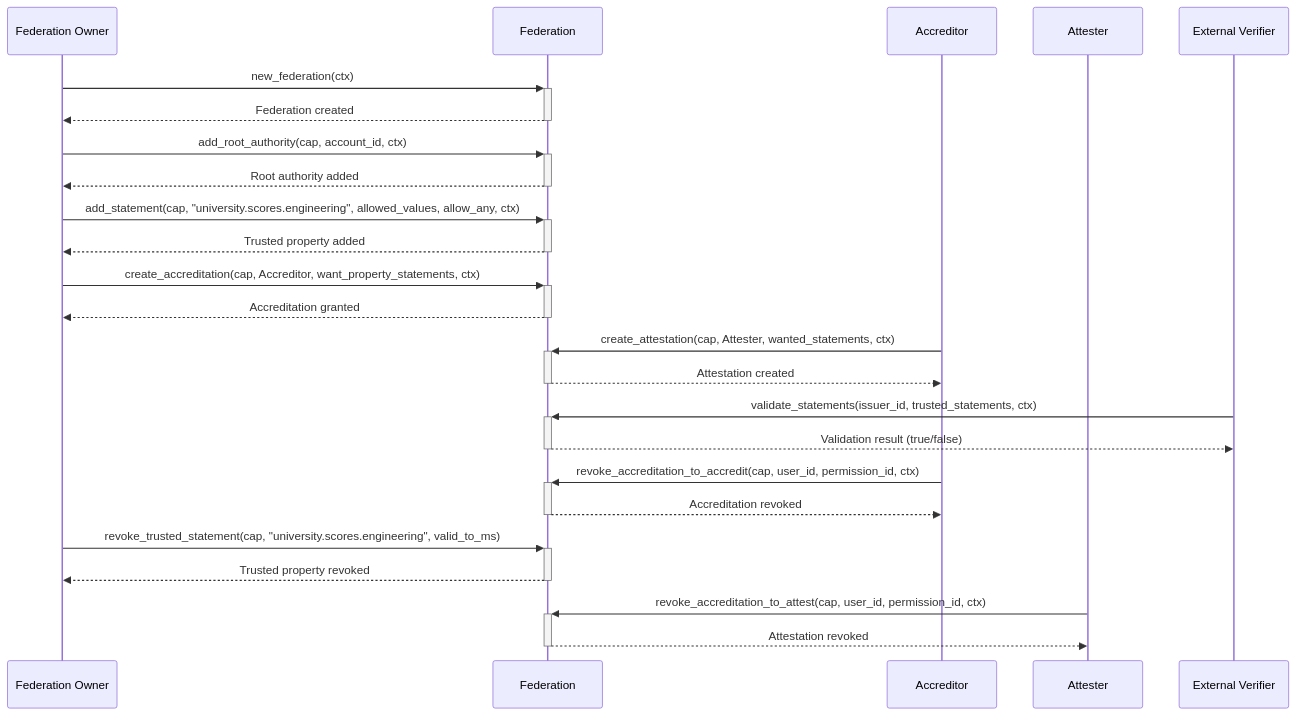
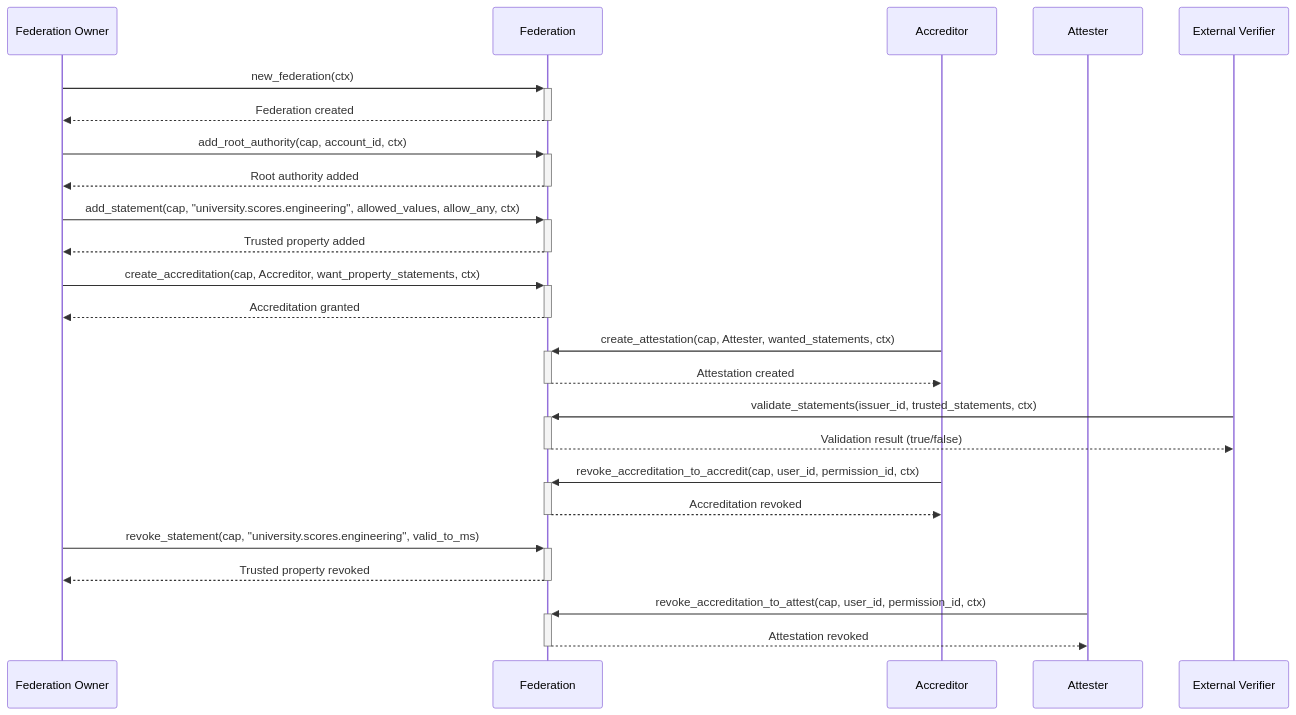
One commit to iotaledger/hierarchies changed the third of 3 diagrams in README.md. Above: the diagram before and after it, drawn with Mermaid. The commit also changed other lines of this file and 37 other files, not shown here.

````diff
--- a/README.md
+++ b/README.md
@@ -259,35 +259,35 @@
 ```mermaid
 sequenceDiagram
     participant FederationOwner as Federation Owner
     participant Federation
     participant Accreditor
     participant Attester
     participant Verifier as External Verifier
 
     FederationOwner->>+Federation: new_federation(ctx)
     Federation-->>-FederationOwner: Federation created
 
     FederationOwner->>+Federation: add_root_authority(cap, account_id, ctx)
     Federation-->>-FederationOwner: Root authority added
 
     FederationOwner->>+Federation: add_statement(cap, "university.scores.engineering", allowed_values, allow_any, ctx)
     Federation-->>-FederationOwner: Trusted property added
 
     FederationOwner->>+Federation: create_accreditation(cap, Accreditor, want_property_statements, ctx)
     Federation-->>-FederationOwner: Accreditation granted
 
     Accreditor->>+Federation: create_attestation(cap, Attester, wanted_statements, ctx)
     Federation-->>-Accreditor: Attestation created
 
     Verifier->>+Federation: validate_statements(issuer_id, trusted_statements, ctx)
     Federation-->>-Verifier: Validation result (true/false)
 
     Accreditor->>+Federation: revoke_accreditation_to_accredit(cap, user_id, permission_id, ctx)
     Federation-->>-Accreditor: Accreditation revoked
 
-    FederationOwner->>+Federation: revoke_trusted_statement(cap, "university.scores.engineering", valid_to_ms)
+    FederationOwner->>+Federation: revoke_statement(cap, "university.scores.engineering", valid_to_ms)
     Federation-->>-FederationOwner: Trusted property revoked
 
     Attester->>+Federation: revoke_accreditation_to_attest(cap, user_id, permission_id, ctx)
     Federation-->>-Attester: Attestation revoked
 ```
````
